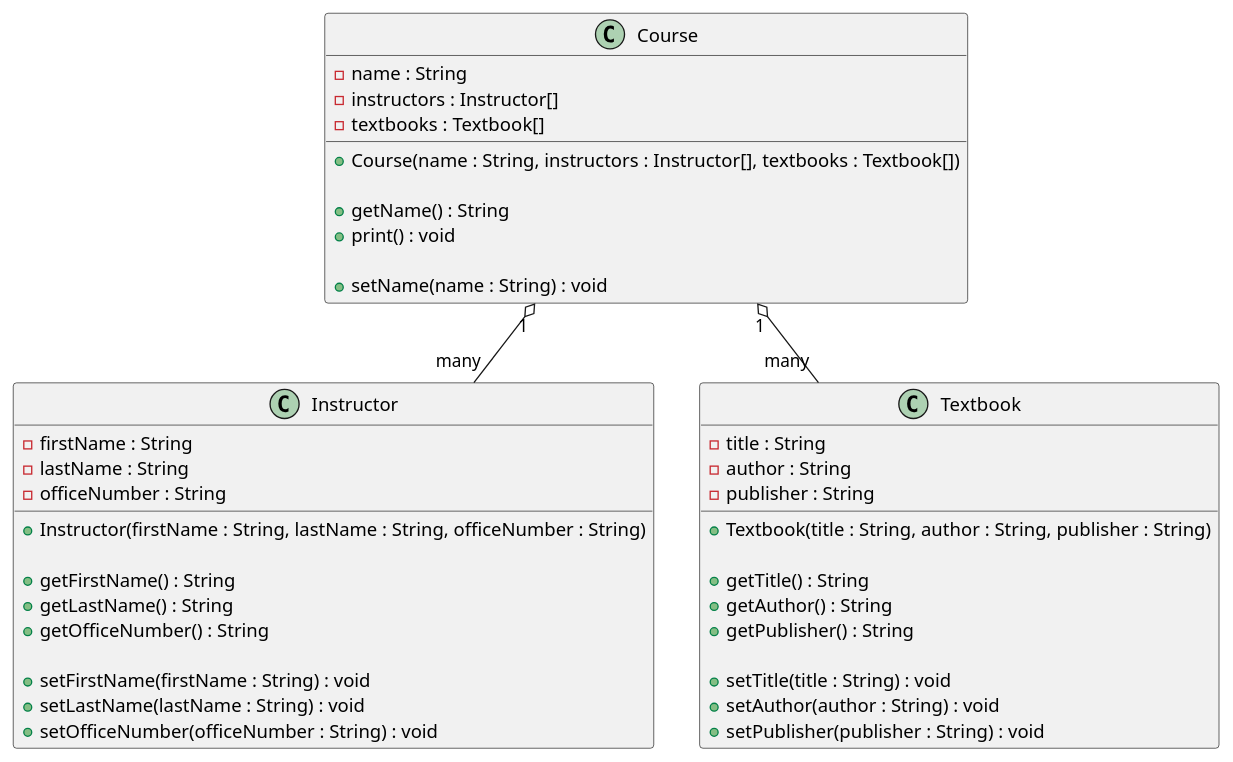
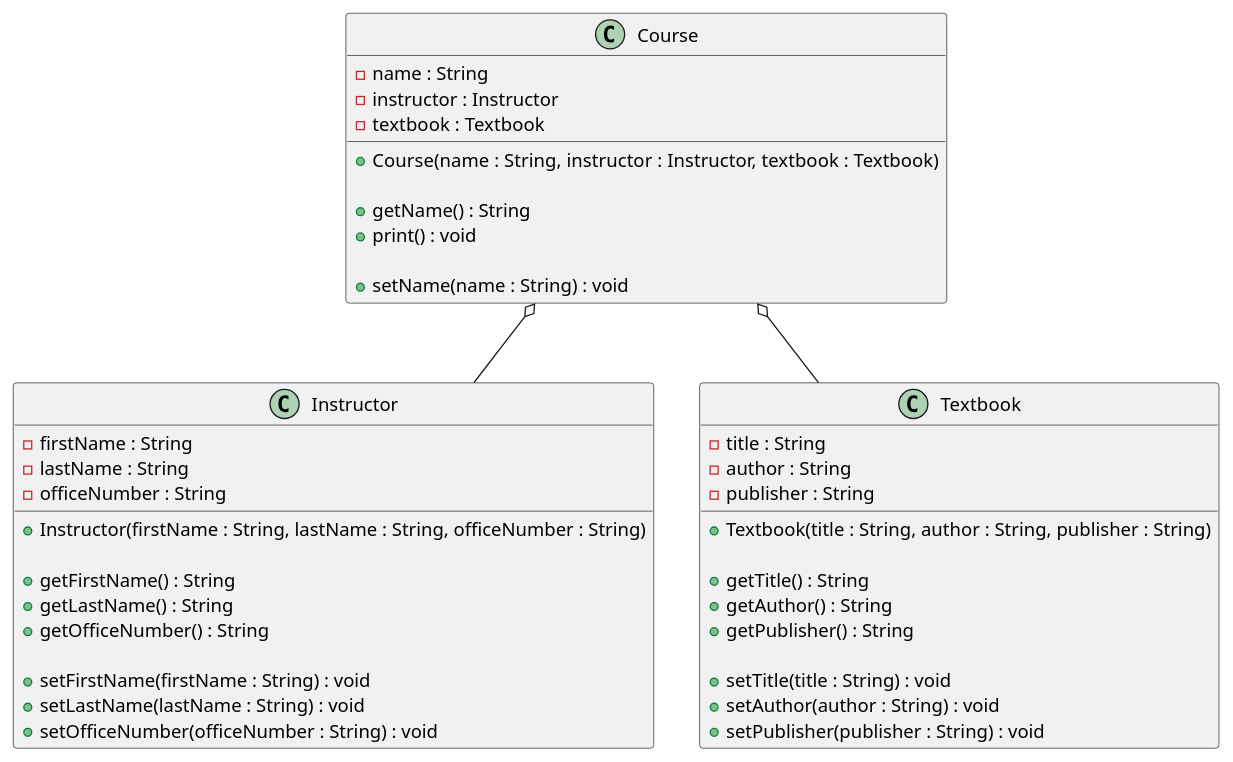
One commit to gummiebearz/CS_3560-Homework_Five changed the diagram in Aggregation.puml. Above: the diagram before and after it, drawn with PlantUML.

Commit message:
Implemented singularity for instructor and textbook instead of array

```diff
--- a/Aggregation.puml
+++ b/Aggregation.puml
@@ -1,53 +1,53 @@
 @startuml
 'Exercise 4: Aggregation "HAS-A"
 
 class Instructor {
     - firstName : String
     - lastName : String
     - officeNumber : String
 
     + Instructor(firstName : String, lastName : String, officeNumber : String)
 
     + getFirstName() : String
     + getLastName() : String
     + getOfficeNumber() : String
 
     + setFirstName(firstName : String) : void
     + setLastName(lastName : String) : void
     + setOfficeNumber(officeNumber : String) : void
 }
 
 class Textbook {
     - title : String
     - author : String
     - publisher : String
 
     + Textbook(title : String, author : String, publisher : String)
 
     + getTitle() : String
     + getAuthor() : String
     + getPublisher() : String
 
     + setTitle(title : String) : void
     + setAuthor(author : String) : void
     + setPublisher(publisher : String) : void
 }
 
 class Course {
     - name : String
-    - instructors : Instructor[]
-    - textbooks : Textbook[]
+    - instructor : Instructor
+    - textbook : Textbook
 
-    + Course(name : String, instructors : Instructor[], textbooks : Textbook[])
+    + Course(name : String, instructor : Instructor, textbook : Textbook)
 
     + getName() : String
     + print() : void
 
     + setName(name : String) : void
 }
 
 ' Aggregation relationship
-Course "1" o-- "many" Textbook
-Course "1" o-- "many" Instructor
+Course o-- Textbook
+Course o-- Instructor
 
 @enduml
```
